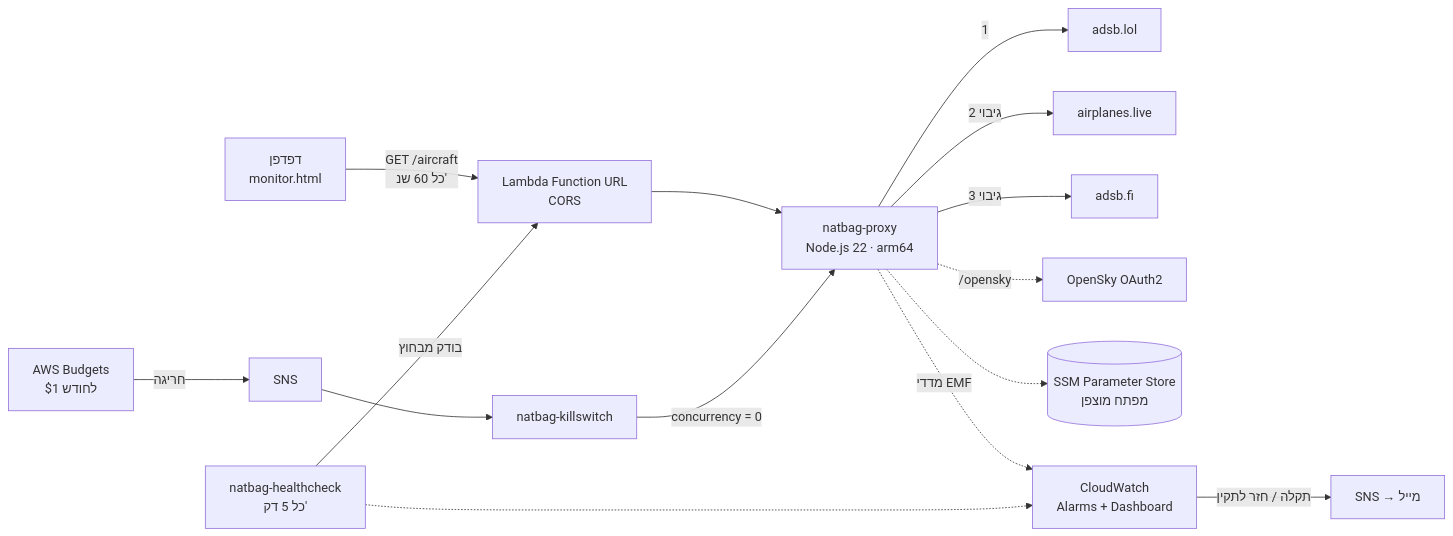
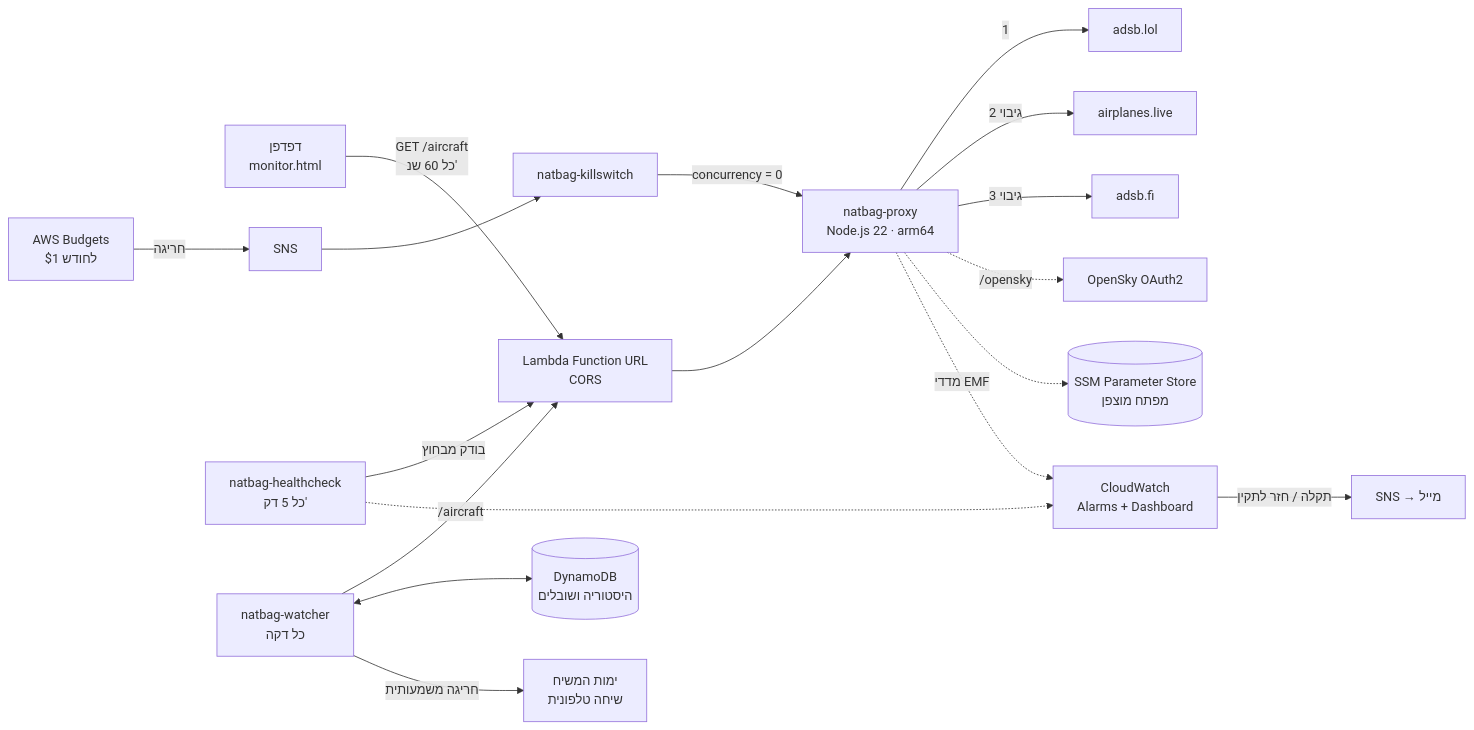
One commit to ackerme/natbag-monitor changed the first of 2 diagrams in README.md. Above: the diagram before and after it, drawn with Mermaid. The commit also changed other lines of this file, not shown here.

````diff
--- a/README.md
+++ b/README.md
@@ -14,16 +14,19 @@
 ```mermaid
 flowchart LR
     B[דפדפן<br/>monitor.html] -->|GET /aircraft<br/>כל 60 שנ'| U[Lambda Function URL<br/>CORS]
     U --> P[natbag-proxy<br/>Node.js 22 · arm64]
     P -->|1| A[adsb.lol]
     P -->|2 גיבוי| L[airplanes.live]
     P -->|3 גיבוי| F[adsb.fi]
     P -.->|/opensky| O[OpenSky OAuth2]
     P -.-> S[(SSM Parameter Store<br/>מפתח מוצפן)]
     BU[AWS Budgets<br/>$1 לחודש] -->|חריגה| SN[SNS] --> K[natbag-killswitch]
     K -->|concurrency = 0| P
     HC[natbag-healthcheck<br/>כל 5 דק'] -->|בודק מבחוץ| U
     P -.->|מדדי EMF| CW[CloudWatch<br/>Alarms + Dashboard]
     HC -.-> CW
     CW -->|תקלה / חזר לתקין| OPS[SNS → מייל]
+    W[natbag-watcher<br/>כל דקה] -->|/aircraft| U
+    W <--> DB[(DynamoDB<br/>היסטוריה ושובלים)]
+    W -->|חריגה משמעותית| Y[ימות המשיח<br/>שיחה טלפונית]
 ```
````
